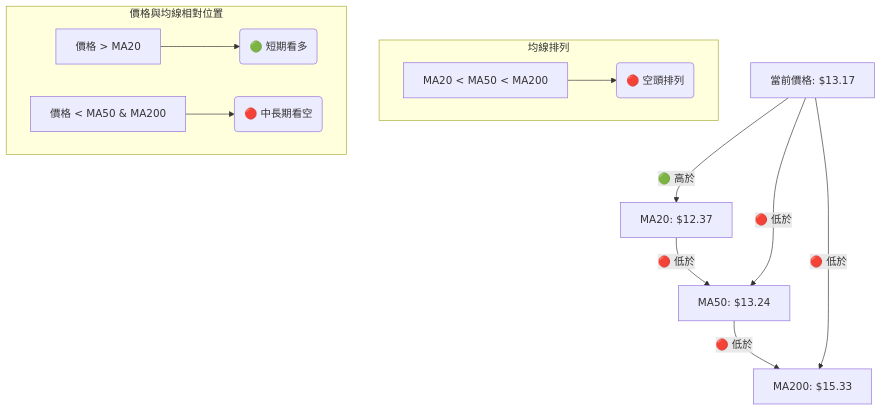
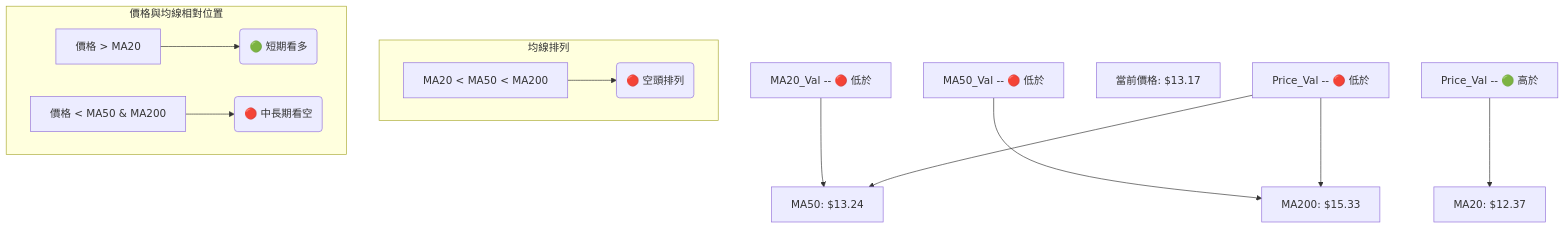
One commit to yennanliu/finance_data changed the sixth of 9 diagrams in ai_gen_report/stock/nu/technical_analysis_2026-06-28_gemini.md. Above: the diagram before and after it, drawn with Mermaid. The commit also changed other lines of this file and 2258 other files, not shown here.

First line of the commit message:
chore: backfill Mermaid syntax repair across existing reports

````diff
--- a/ai_gen_report/stock/nu/technical_analysis_2026-06-28_gemini.md
+++ b/ai_gen_report/stock/nu/technical_analysis_2026-06-28_gemini.md
@@ -456,23 +456,23 @@
 ```mermaid
 graph TD
     MA20_Val["MA20: $12.37"]
     MA50_Val["MA50: $13.24"]
     MA200_Val["MA200: $15.33"]
 
-    MA20_Val -- 🔴 低於 --> MA50_Val
-    MA50_Val -- 🔴 低於 --> MA200_Val
+    nb1["MA20_Val -- 🔴 低於"] --> MA50_Val
+    nb2["MA50_Val -- 🔴 低於"] --> MA200_Val
 
     subgraph 均線排列
-        A[MA20 < MA50 < MA200] --> B(🔴 空頭排列)
+        A["MA20 < MA50 < MA200"] --> B("🔴 空頭排列")
     end
 
     Price_Val["當前價格: $13.17"]
-    Price_Val -- 🟢 高於 --> MA20_Val
-    Price_Val -- 🔴 低於 --> MA50_Val
-    Price_Val -- 🔴 低於 --> MA200_Val
+    nb3["Price_Val -- 🟢 高於"] --> MA20_Val
+    nb4["Price_Val -- 🔴 低於"] --> MA50_Val
+    nb4["Price_Val -- 🔴 低於"] --> MA200_Val
 
     subgraph 價格與均線相對位置
-        C[價格 > MA20] --> D(🟢 短期看多)
-        E[價格 < MA50 & MA200] --> F(🔴 中長期看空)
+        C["價格 > MA20"] --> D("🟢 短期看多")
+        E["價格 < MA50 & MA200"] --> F("🔴 中長期看空")
     end
 ```
````
